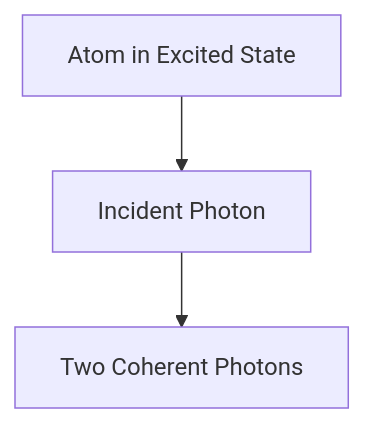
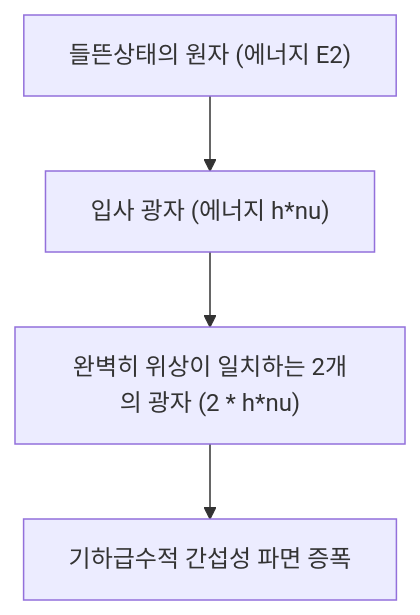
One commit to kenjinote/blog changed the diagram in content/post/physics-laser/index.ko.md. Above: the diagram before and after it, drawn with Mermaid. The commit also changed other lines of this file and 219 other files, not shown here.

````diff
--- a/content/post/physics-laser/index.ko.md
+++ b/content/post/physics-laser/index.ko.md
@@ -17,5 +35,6 @@
 ```mermaid
 flowchart TD
-    A["Atom in Excited State"] --> B["Incident Photon"]
-    B --> C["Two Coherent Photons"]
+    A["들뜬상태의 원자 (에너지 E2)"] --> B["입사 광자 (에너지 h*nu)"]
+    B --> C["완벽히 위상이 일치하는 2개의 광자 (2 * h*nu)"]
+    C --> D["기하급수적 간섭성 파면 증폭"]
 ```
````
